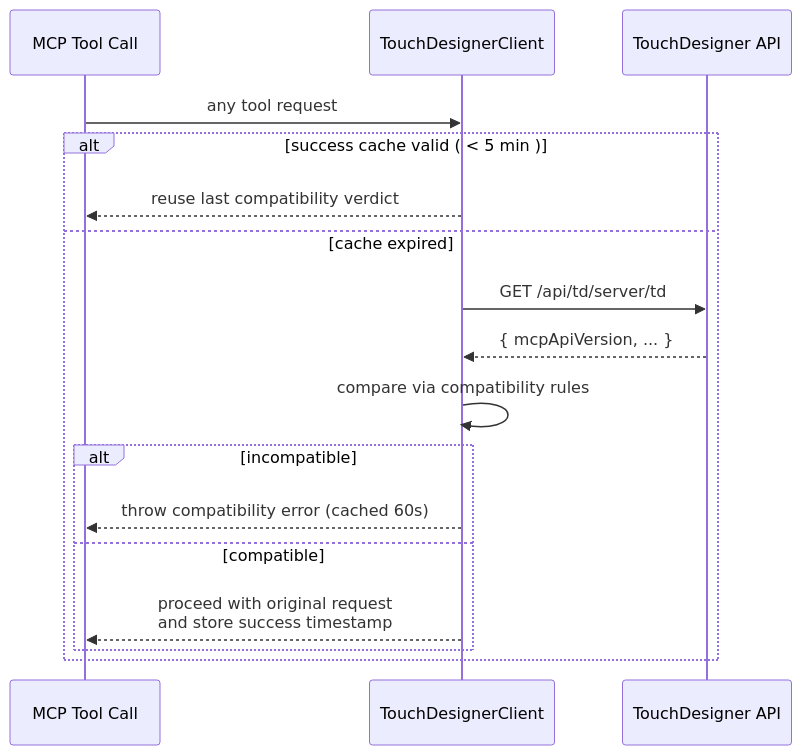
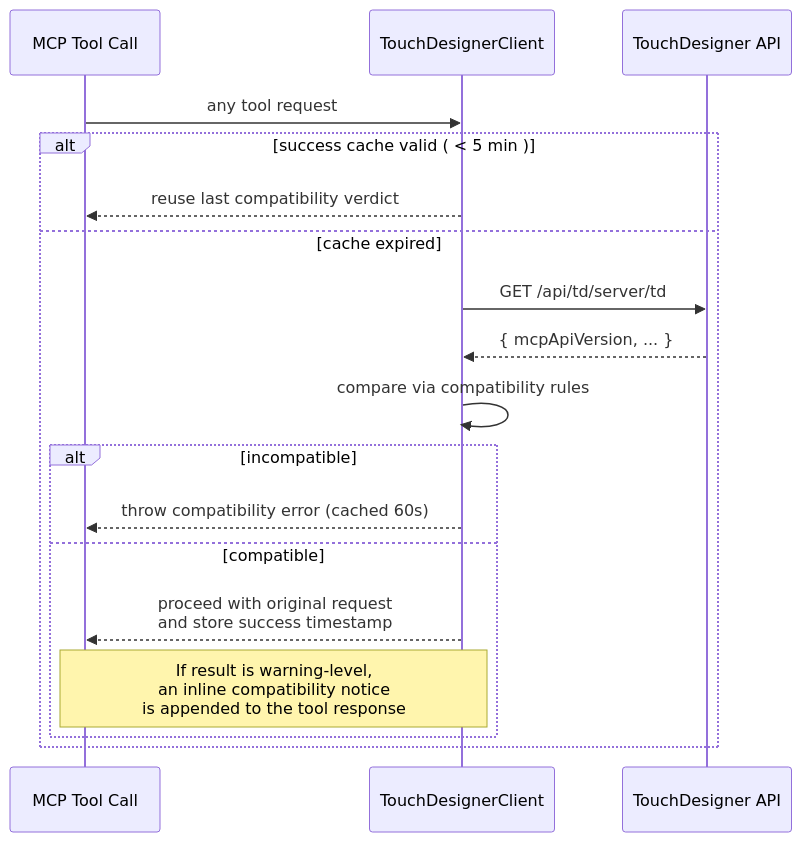
The seventh of 10 diagrams in docs/architecture.md (8beeeaaat/touchdesigner-mcp), drawn with Mermaid before and after one commit. The commit also changed other lines of this file and 4 other files, not shown here.

Commit message:
feat: implement compatibility notice handling in TouchDesignerClient and update response formatting

````diff
--- a/docs/architecture.md
+++ b/docs/architecture.md
@@ -582,20 +583,21 @@
 ```mermaid
 sequenceDiagram
     participant Tool as MCP Tool Call
     participant Client as TouchDesignerClient
     participant TD as TouchDesigner API
 
     Tool->>Client: any tool request
     alt success cache valid ( < 5 min )
         Client-->>Tool: reuse last compatibility verdict
     else cache expired
         Client->>TD: GET /api/td/server/td
         TD-->>Client: { mcpApiVersion, ... }
         Client->>Client: compare via compatibility rules
         alt incompatible
             Client-->>Tool: throw compatibility error (cached 60s)
         else compatible
             Client-->>Tool: proceed with original request<br/>and store success timestamp
+            Note over Client,Tool: If result is warning-level,<br>an inline compatibility notice<br>is appended to the tool response
         end
     end
 ```
````
